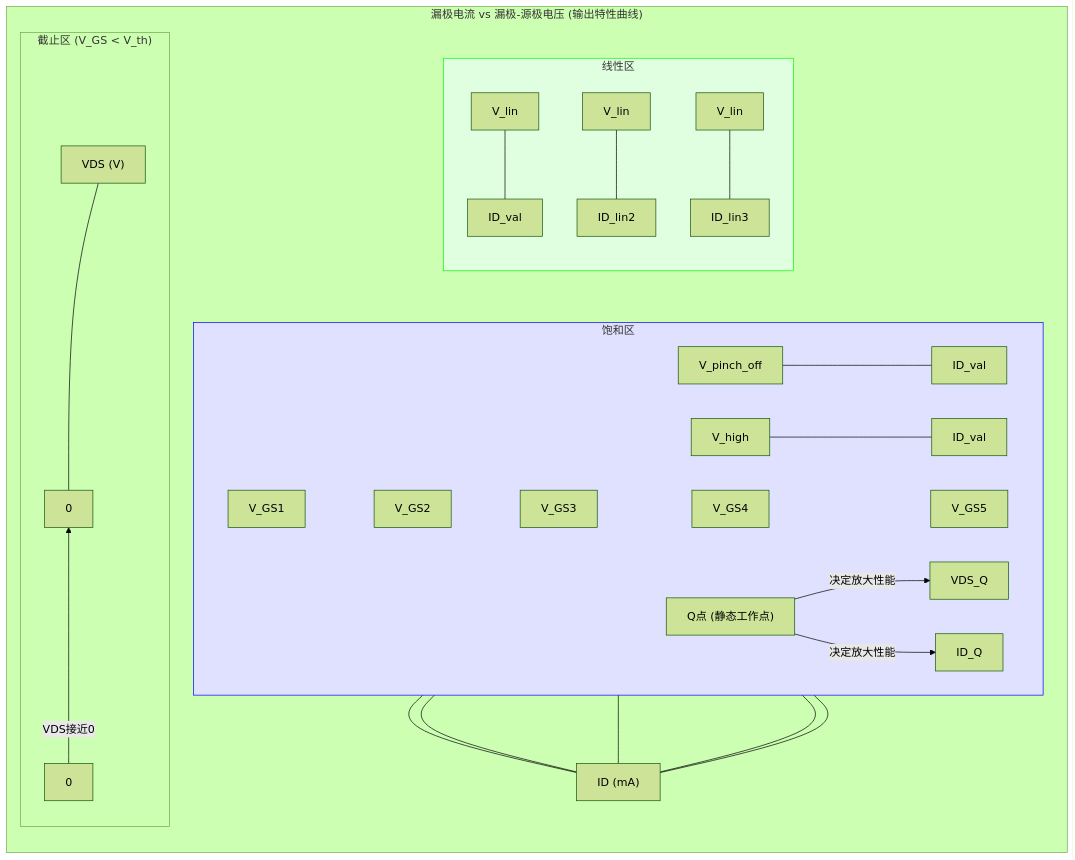
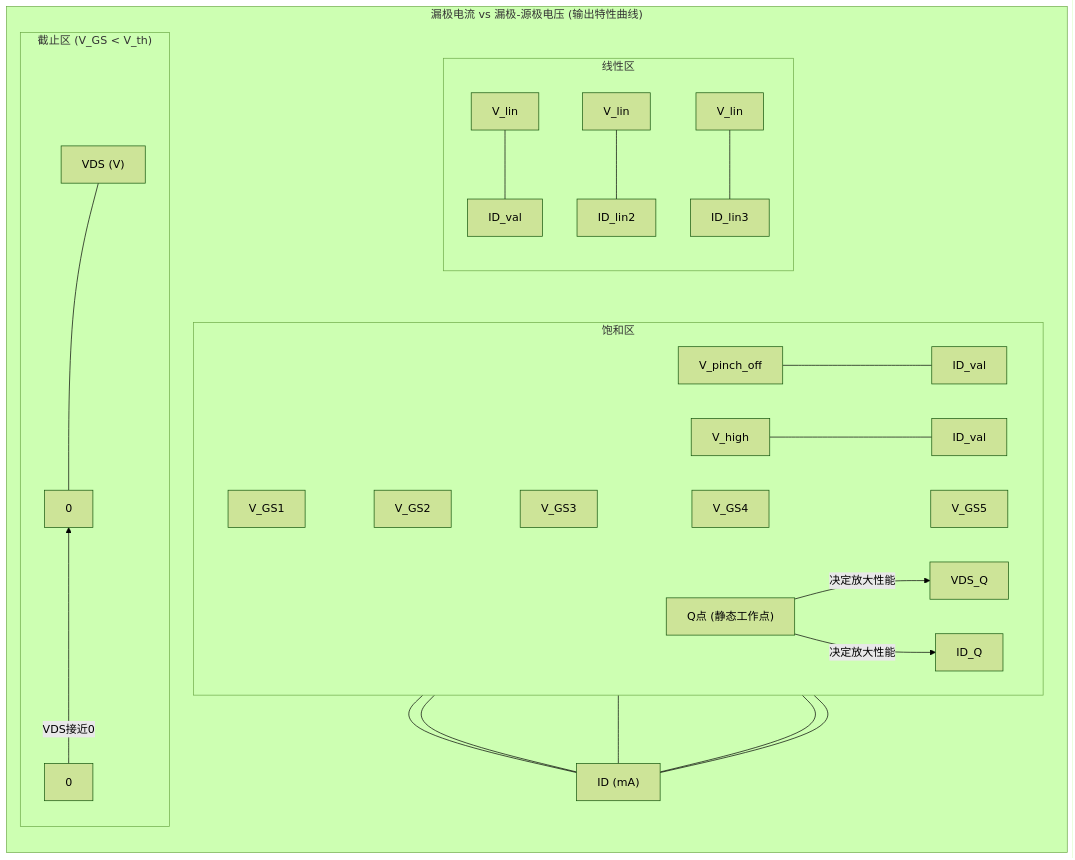
Before and after one commit to teatang/t-blog: the fourth of 9 diagrams in source/_posts/2024/2024-05-10_模拟电子电路详解.md, drawn with Mermaid (forest theme). The commit also changed other lines of this file and 24 other files, not shown here.

```diff
--- a/source/_posts/2024/2024-05-10_模拟电子电路详解.md
+++ b/source/_posts/2024/2024-05-10_模拟电子电路详解.md
@@ -243,60 +236,56 @@
 {% mermaid %}
 graph LR
     subgraph "漏极电流 vs 漏极-源极电压 (输出特性曲线)"
         direction BT
         IDL["ID (mA)"]
         VDSR["VDS (V)"]
 
         curveG1["V_GS1"]
         curveG2["V_GS2"]
         curveG3["V_GS3"]
         curveG4["V_GS4"]
         curveG5["V_GS5"]
 
         subgraph "截止区 (V_GS < V_th)"
             VDS0[0] -- "VDS接近0" --> ID0[0]
             ID0 --- VDSR
         end
 
         subgraph 线性区
             point_lin1[V_lin] --- ID_lin1[ID_val]
             point_lin2[V_lin] --- ID_lin2
             point_lin3[V_lin] --- ID_lin3
         end
 
         subgraph 饱和区
             direction LR
             VDS_sat1[V_pinch_off] --- ID_sat1[ID_val]
             VDS_sat2[V_high] --- ID_sat2[ID_val]
 
             curveG1 ~~~ curveG2
             curveG2 ~~~ curveG3
             curveG3 ~~~ curveG4
             curveG4 ~~~ curveG5
 
             point_Q_fet["Q点 (静态工作点)"]
             point_Q_fet -- "决定放大性能" --> VDS_Q[VDS_Q]
             point_Q_fet -- "决定放大性能" --> ID_Q[ID_Q]
         end
 
         IDL --- curveG1
         IDL --- curveG2
         IDL --- curveG3
         IDL --- curveG4
         IDL --- curveG5
 
         curveG1 ~~~ VDSR
         curveG2 ~~~ VDSR
         curveG3 ~~~ VDSR
         curveG4 ~~~ VDSR
         curveG5 ~~~ VDSR
 
-        classDef cutoff_region fill:#ffe0e0,stroke:#f00,stroke-width:1px;
-        classDef linear_region fill:#e0ffe0,stroke:#0f0,stroke-width:1px;
-        classDef saturation_region fill:#e0e0ff,stroke:#00f,stroke-width:1px;
-
         class 截止区 cutoff_region
         class 线性区 linear_region
         class 饱和区 saturation_region
     end
 {% endmermaid %}
```
